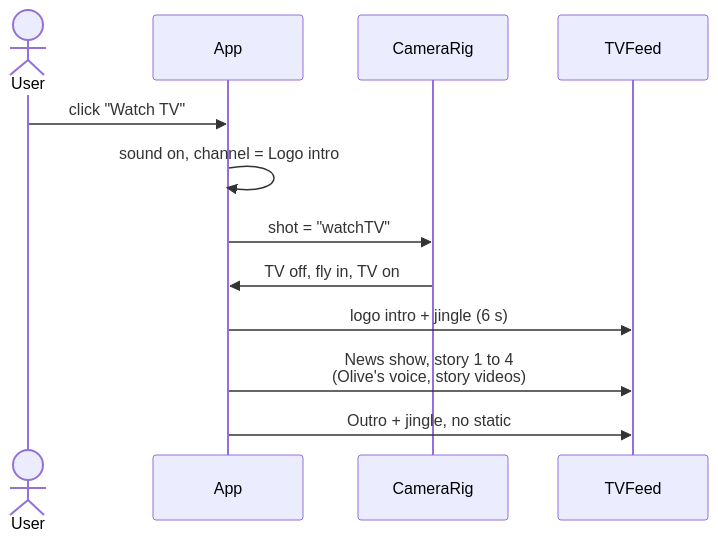
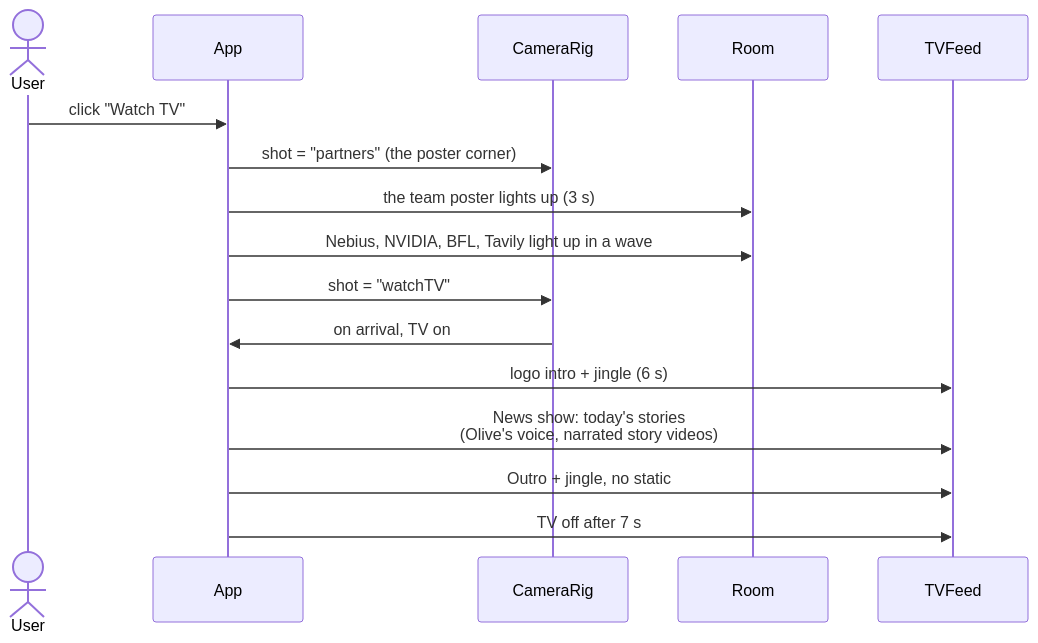
The ninth of 10 diagrams in README.md (victordiaz/little-big-questions), drawn with Mermaid before and after one commit. The commit also changed other lines of this file and 29 other files, not shown here.

First line of the commit message:
Add the news pipeline, narrated stories and the poster opening to Watch TV

````diff
--- a/README.md
+++ b/README.md
@@ -347,14 +351,18 @@
 ```mermaid
 sequenceDiagram
     actor User
     participant App
     participant Rig as CameraRig
+    participant Room
     participant TV as TVFeed
     User->>App: click "Watch TV"
-    App->>App: sound on, channel = Logo intro
+    App->>Rig: shot = "partners" (the poster corner)
+    App->>Room: the team poster lights up (3 s)
+    App->>Room: Nebius, NVIDIA, BFL, Tavily light up in a wave
     App->>Rig: shot = "watchTV"
-    Rig->>App: TV off, fly in, TV on
+    Rig->>App: on arrival, TV on
     App->>TV: logo intro + jingle (6 s)
-    App->>TV: News show, story 1 to 4<br/>(Olive's voice, story videos)
+    App->>TV: News show: today's stories<br/>(Olive's voice, narrated story videos)
     App->>TV: Outro + jingle, no static
+    App->>TV: TV off after 7 s
 ```
````
